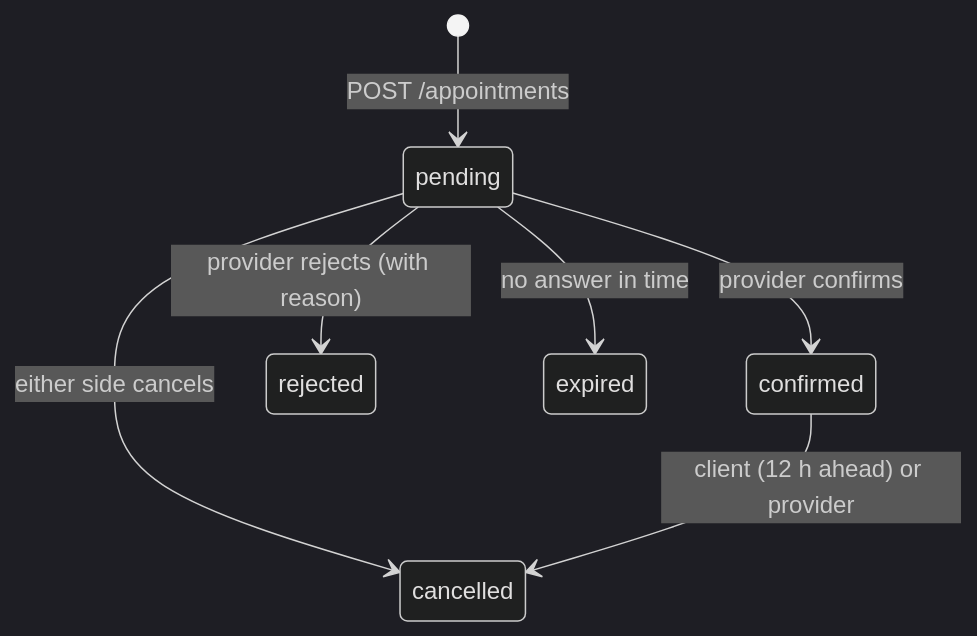
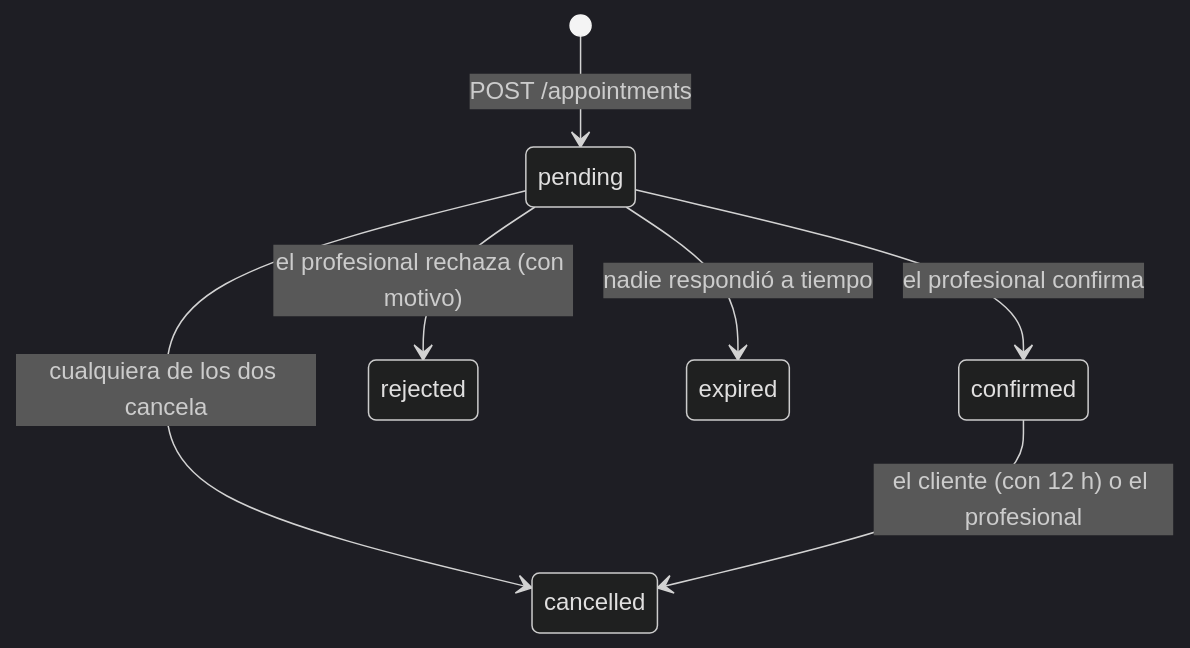
One commit to pedrofelipe14/appointments-api changed the diagram in README.md. Above: the diagram before and after it, drawn with Mermaid (dark theme). The commit also changed other lines of this file and 2 other files, not shown here.

````diff
--- a/README.md
+++ b/README.md
@@ -97,9 +97,9 @@
 ```mermaid
 stateDiagram-v2
   [*] --> pending: POST /appointments
-  pending --> confirmed: provider confirms
-  pending --> rejected: provider rejects (with reason)
-  pending --> expired: no answer in time
-  pending --> cancelled: either side cancels
-  confirmed --> cancelled: client (12 h ahead) or provider
+  pending --> confirmed: el profesional confirma
+  pending --> rejected: el profesional rechaza (con motivo)
+  pending --> expired: nadie respondió a tiempo
+  pending --> cancelled: cualquiera de los dos cancela
+  confirmed --> cancelled: el cliente (con 12 h) o el profesional
 ```
````
